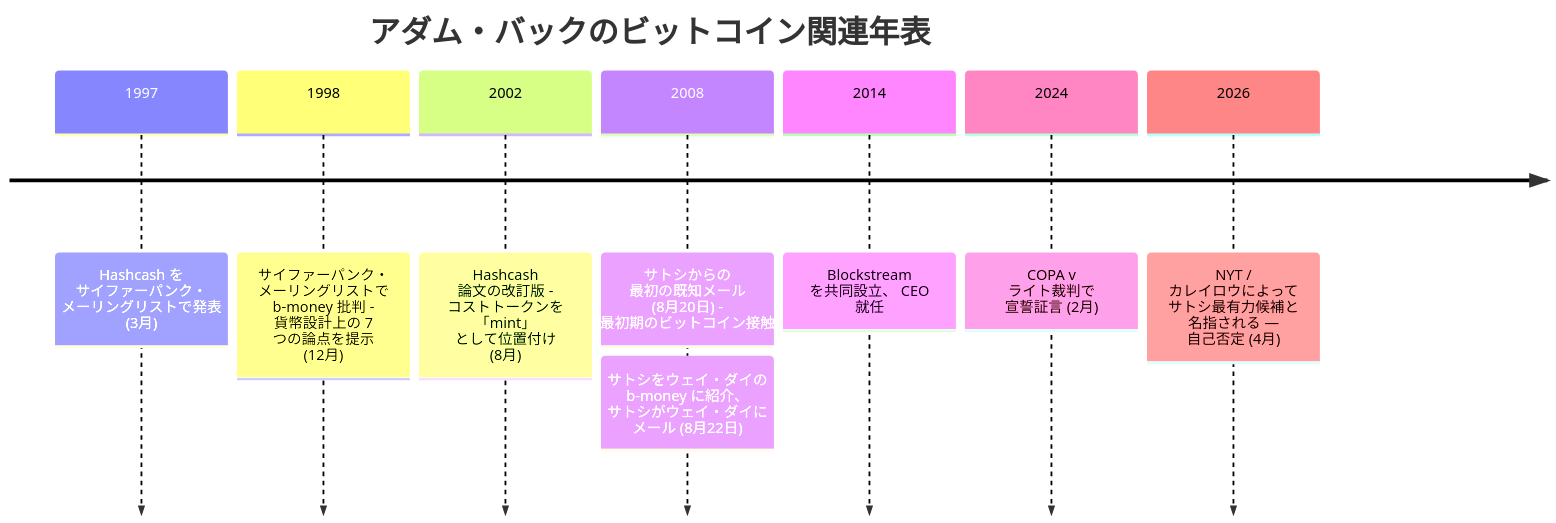
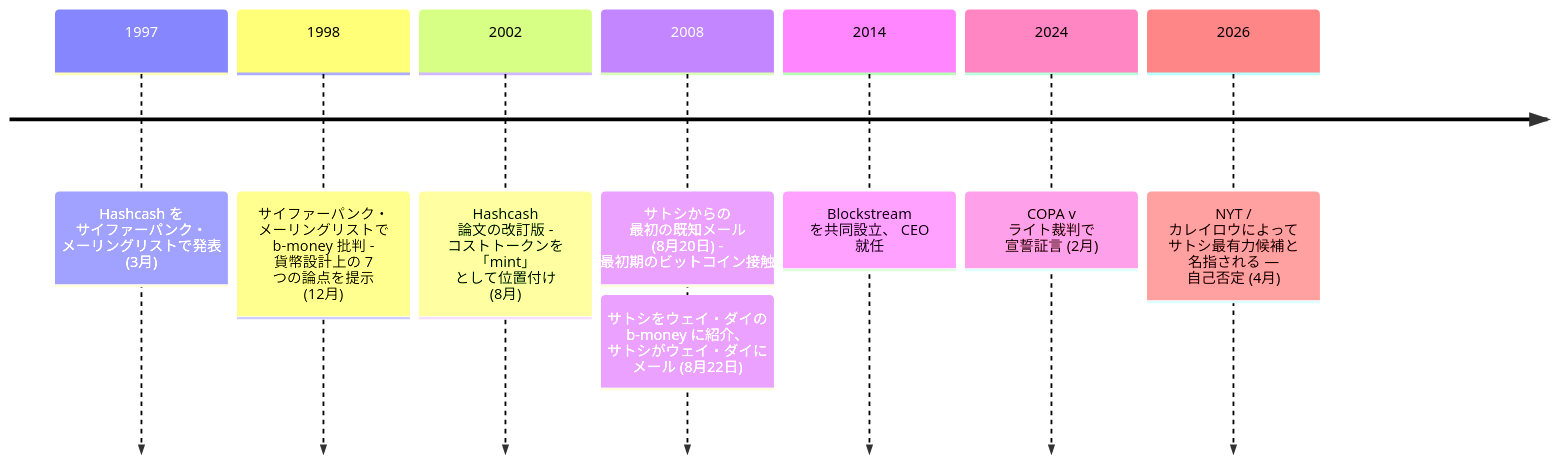
The diagram in src/data/translations/ja/aftermath/2008-08-20-adam-back-biography.md (cypher256/BitcoinArchive), drawn with Mermaid before and after one commit. The commit also changed other lines of this file and 50 other files, not shown here.

````diff
--- a/src/data/translations/ja/aftermath/2008-08-20-adam-back-biography.md
+++ b/src/data/translations/ja/aftermath/2008-08-20-adam-back-biography.md
@@ -51,12 +53,11 @@
 ```mermaid
 timeline
-    title アダム・バックのビットコイン関連年表
     1997 : Hashcash を サイファーパンク・ メーリングリストで発表 (3月)
     1998 : サイファーパンク・ メーリングリストで b-money 批判 - 貨幣設計上の 7 つの論点を提示 (12月)
     2002 : Hashcash 論文の改訂版 - コストトークンを 「mint」 として位置付け (8月)
     2008 : サトシからの 最初の既知メール (8月20日) - 最初期のビットコイン接触
          : サトシをウェイ・ダイの b-money に紹介、 サトシがウェイ・ダイに メール (8月22日)
     2014 : Blockstream を共同設立、 CEO 就任
     2024 : COPA v ライト裁判で 宣誓証言 (2月)
     2026 : NYT / カレイロウによって サトシ最有力候補と 名指される — 自己否定 (4月)
 ```
````
